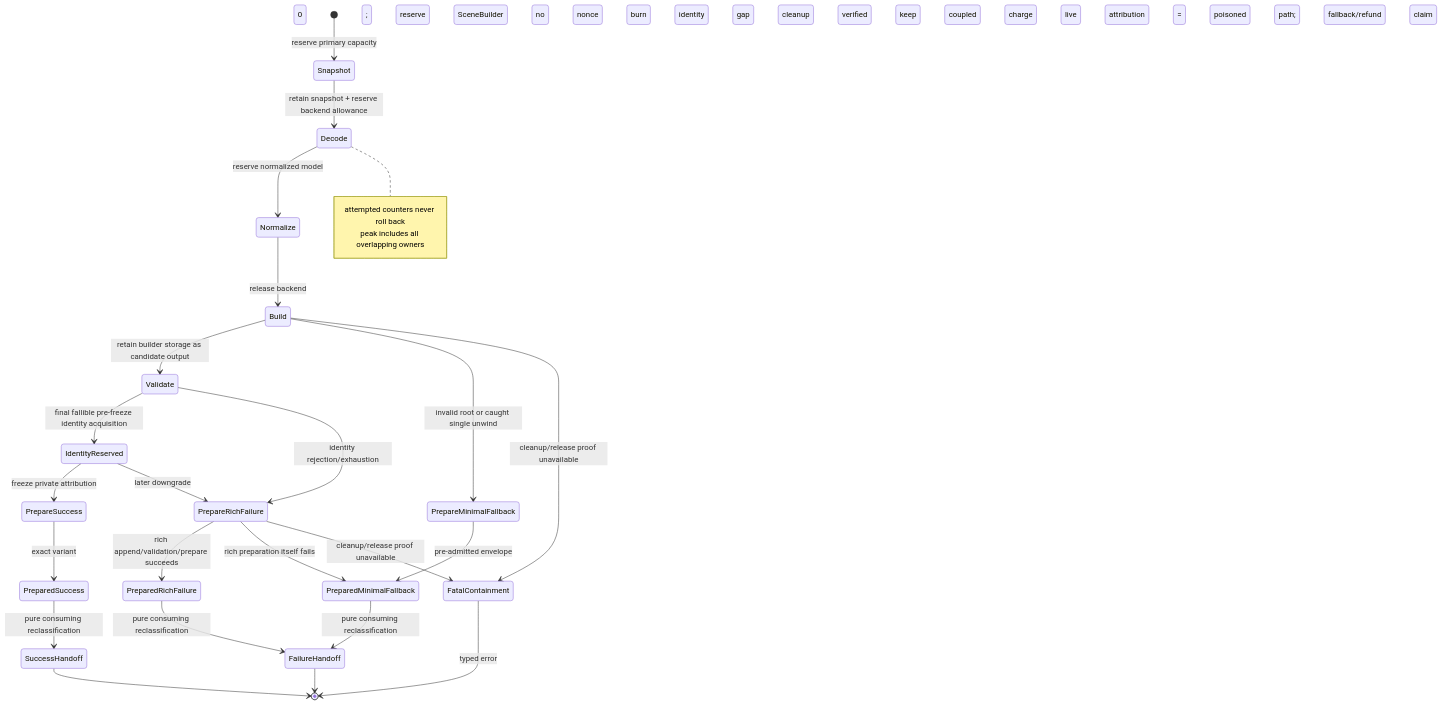
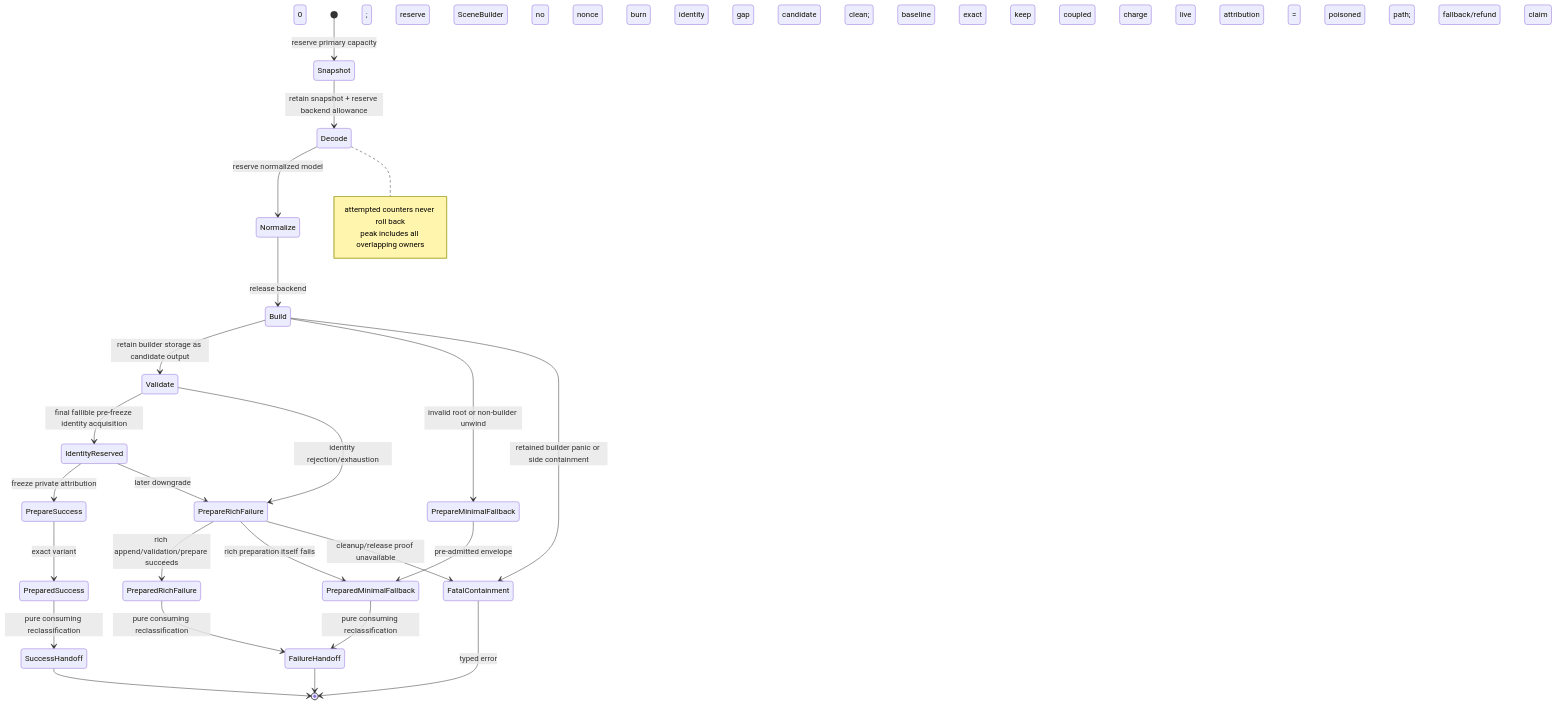
One commit to Latias94/baozi changed the diagram in docs/adr/0022-per-import-resource-ledger-and-budget-accounting.md. Above: the diagram before and after it, drawn with Mermaid. The commit also changed other lines of this file and 6 other files, not shown here.

First line of the commit message:
docs(adr): centralize retained containment authority

````diff
--- a/docs/adr/0022-per-import-resource-ledger-and-budget-accounting.md
+++ b/docs/adr/0022-per-import-resource-ledger-and-budget-accounting.md
@@ -419,29 +439,29 @@
 ```mermaid
 stateDiagram-v2
     [*] --> Snapshot: reserve primary capacity
     Snapshot --> Decode: retain snapshot + reserve backend allowance
     Decode --> Normalize: reserve normalized model
     Normalize --> Build: release backend; reserve SceneBuilder
     Build --> Validate: retain builder storage as candidate output
     Validate --> IdentityReserved: final fallible pre-freeze identity acquisition
     Validate --> PrepareRichFailure: identity rejection/exhaustion; no nonce
     IdentityReserved --> PrepareSuccess: freeze private attribution
     IdentityReserved --> PrepareRichFailure: later downgrade; burn identity gap
-    Build --> PrepareMinimalFallback: invalid root or caught single unwind; cleanup verified
-    Build --> FatalContainment: cleanup/release proof unavailable; keep coupled charge
+    Build --> PrepareMinimalFallback: invalid root or non-builder unwind; candidate clean; baseline exact
+    Build --> FatalContainment: retained builder panic or side containment; keep coupled charge
     PrepareSuccess --> PreparedSuccess: exact variant; live attribution = 0
     PrepareRichFailure --> PreparedRichFailure: rich append/validation/prepare succeeds
     PrepareRichFailure --> PreparedMinimalFallback: rich preparation itself fails
     PrepareRichFailure --> FatalContainment: cleanup/release proof unavailable
     PrepareMinimalFallback --> PreparedMinimalFallback: pre-admitted envelope
     PreparedSuccess --> SuccessHandoff: pure consuming reclassification
     PreparedRichFailure --> FailureHandoff: pure consuming reclassification
     PreparedMinimalFallback --> FailureHandoff: pure consuming reclassification
     SuccessHandoff --> [*]
     FailureHandoff --> [*]
     FatalContainment --> [*]: typed error; poisoned path; no fallback/refund claim
     note right of Decode
       attempted counters never roll back
       peak includes all overlapping owners
     end note
 ```
````
